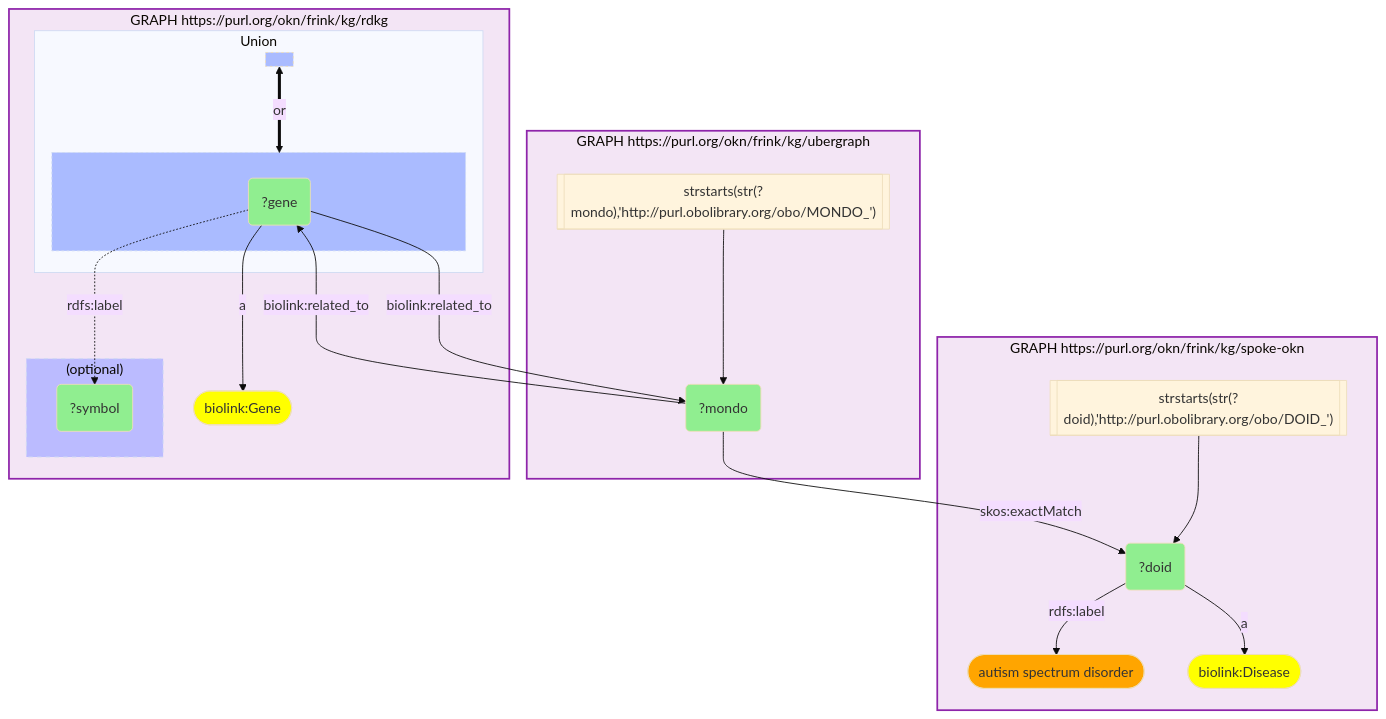
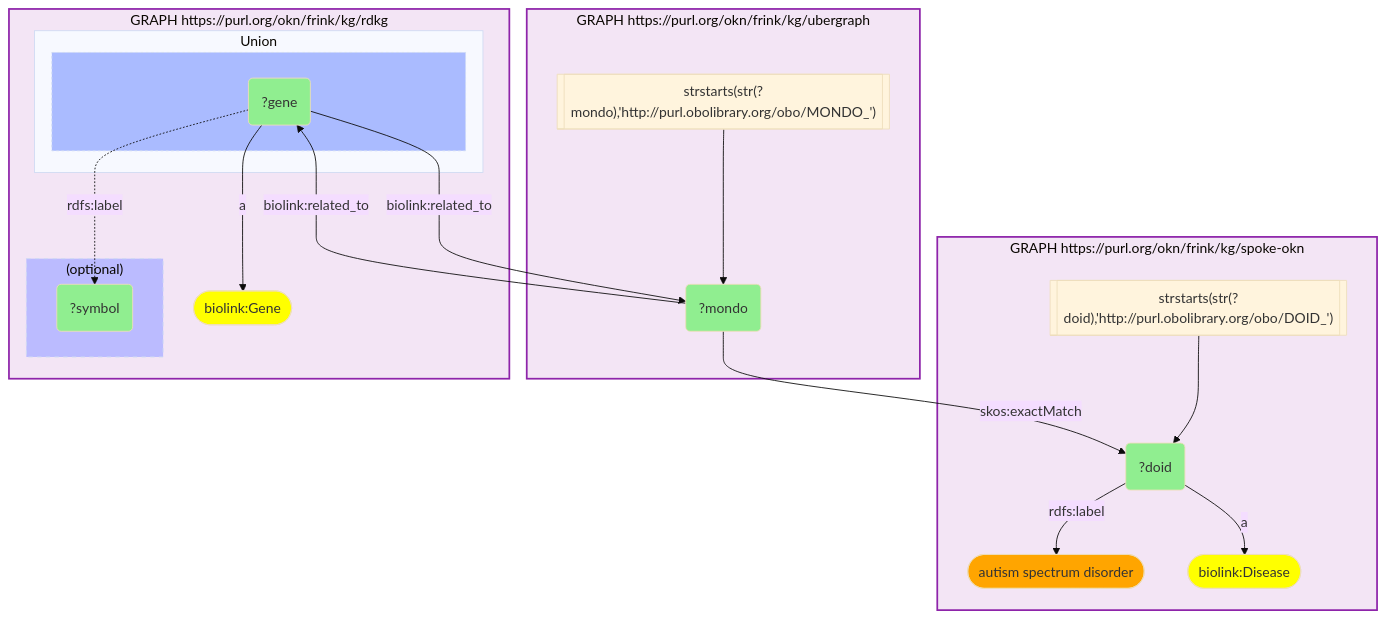
The second of 2 diagrams in README.md (sbl-sdsc/sparql-to-mermaid), drawn with Mermaid (base theme) before and after one commit. The commit also changed other lines of this file, not shown here.

First line of the commit message:
Render the multi-graph README example with --collapse-empty-unions

````diff
--- a/README.md
+++ b/README.md
@@ -186,45 +187,41 @@
 ```mermaid
 graph TD
 classDef projected fill:lightgreen;
 classDef literal fill:orange;
 classDef iri fill:yellow;
   v1("?doid"):::projected 
   v3("?gene"):::projected 
   v2("?mondo"):::projected 
   v4("?symbol"):::projected 
   subgraph graph0["GRAPH https://purl.org/okn/frink/kg/spoke-okn"]
     style graph0 fill:#f3e5f5,stroke:#8e24aa,stroke-width:2px;
     graph0c2(["autism spectrum disorder"]):::literal 
     graph0c4(["biolink:Disease"]):::iri 
     graph0f0[["strstarts(str(?doid),'http://purl.obolibrary.org/obo/DOID_')"]]
     graph0f0 --> v1
     v1 --"rdfs:label"--> graph0c2
     v1 --"a"--> graph0c4
   end
   subgraph graph1["GRAPH https://purl.org/okn/frink/kg/ubergraph"]
     style graph1 fill:#f3e5f5,stroke:#8e24aa,stroke-width:2px;
     graph1f1[["strstarts(str(?mondo),'http://purl.obolibrary.org/obo/MONDO_')"]]
     graph1f1 --> v2
     v2 --"skos:exactMatch"--> v1
   end
   subgraph graph2["GRAPH https://purl.org/okn/frink/kg/rdkg"]
     style graph2 fill:#f3e5f5,stroke:#8e24aa,stroke-width:2px;
     graph2c3(["biolink:Gene"]):::iri 
     subgraph uniongraph20[" Union "]
-    subgraph uniongraph20l[" "]
-      style uniongraph20l fill:#abf,stroke-dasharray: 3 3;
       v3 --"biolink:related_to"--> v2
-    end
     subgraph uniongraph20r[" "]
       style uniongraph20r fill:#abf,stroke-dasharray: 3 3;
       v2 --"biolink:related_to"--> v3
     end
-    uniongraph20r <== or ==> uniongraph20l
     end
     v3 --"a"--> graph2c3
     subgraph optionalgraph20["(optional)"]
     style optionalgraph20 fill:#bbf,stroke-dasharray: 5 5;
       v3 -."rdfs:label".-> v4
     end
   end
 ```
````
